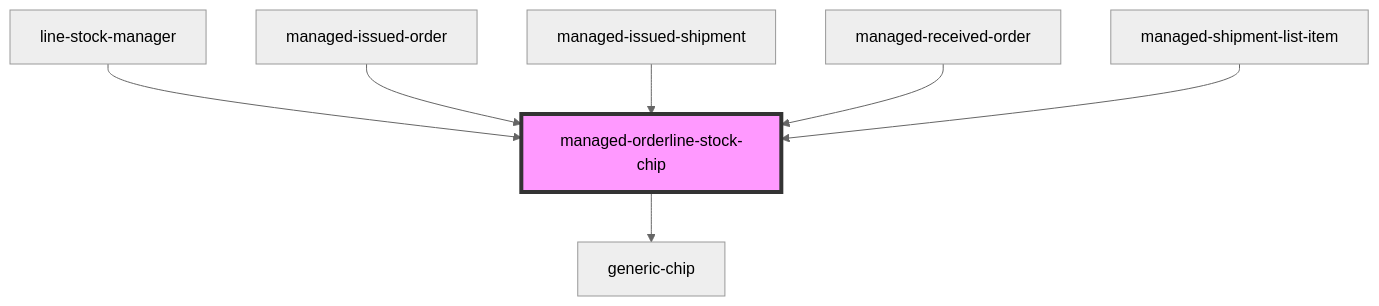
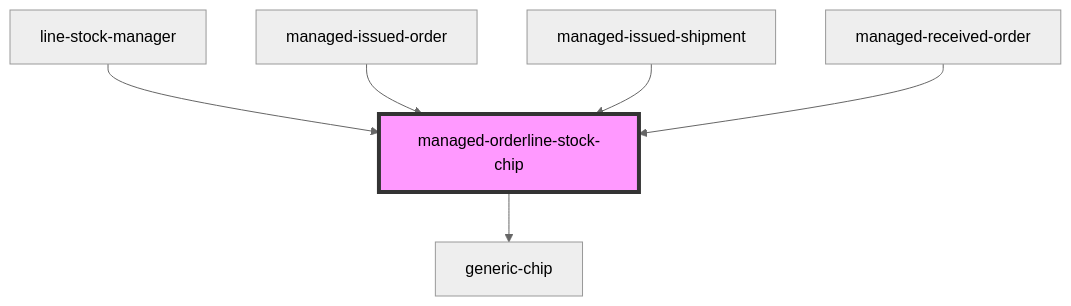
One commit to PharmaLedger-IMI/fgt-workspace changed the diagram in pdm-web-components/src/components/managed-orderline-stock-chip/readme.md. Above: the diagram before and after it, drawn with Mermaid (neutral theme). The commit also changed other lines of this file and 129 other files, not shown here.

````diff
--- a/pdm-web-components/src/components/managed-orderline-stock-chip/readme.md
+++ b/pdm-web-components/src/components/managed-orderline-stock-chip/readme.md
@@ -43,10 +42,9 @@
 ```mermaid
 graph TD;
   managed-orderline-stock-chip --> generic-chip
   line-stock-manager --> managed-orderline-stock-chip
   managed-issued-order --> managed-orderline-stock-chip
   managed-issued-shipment --> managed-orderline-stock-chip
   managed-received-order --> managed-orderline-stock-chip
-  managed-shipment-list-item --> managed-orderline-stock-chip
   style managed-orderline-stock-chip fill:#f9f,stroke:#333,stroke-width:4px
 ```
````
